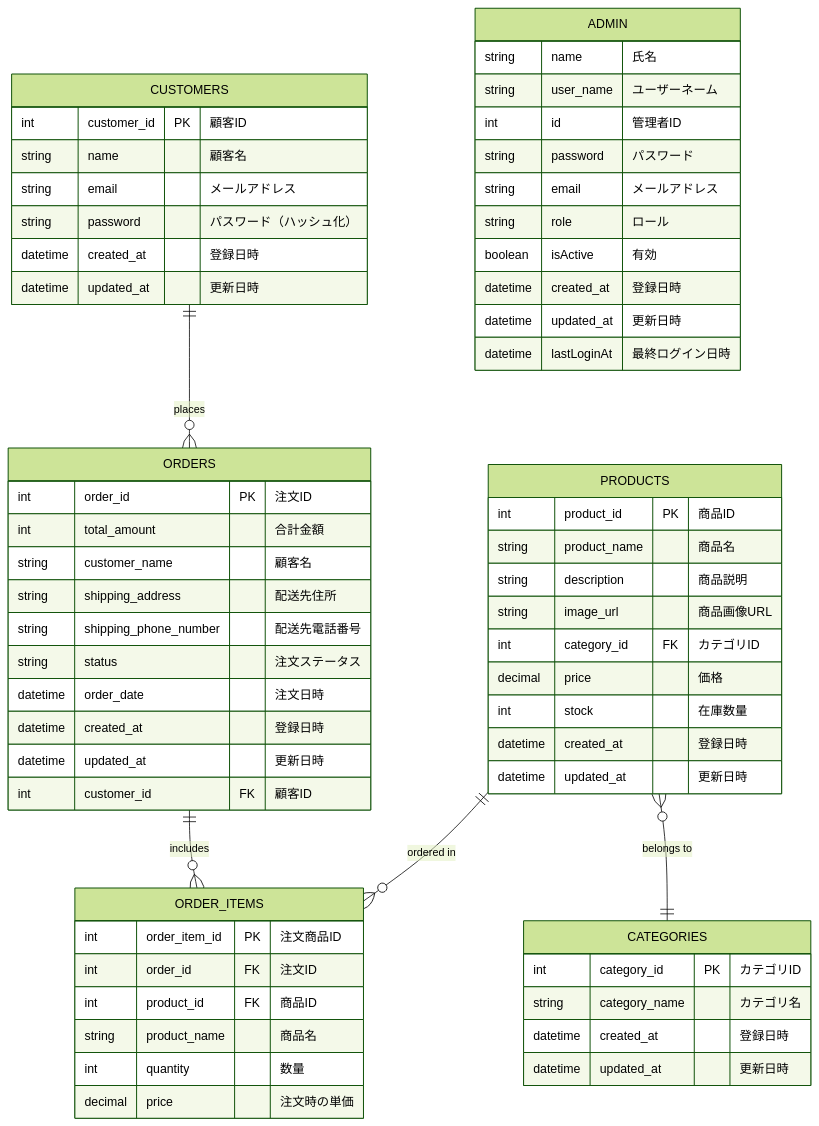
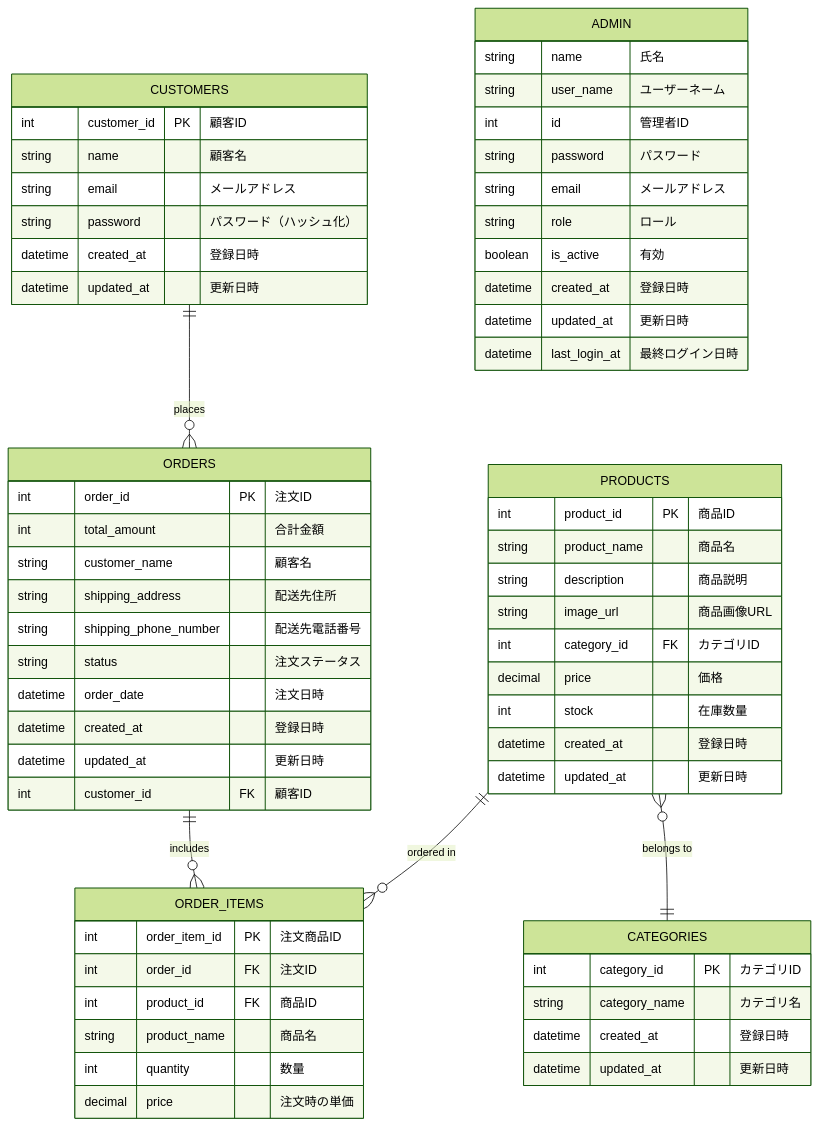
One commit to Rikumt12/Popcorn changed diagram 12 of 13 in 詳細設計書/詳細設計書.md. Above: the diagram before and after it, drawn with Mermaid (forest theme). The commit also changed other lines of this file, not shown here.

````diff
--- a/詳細設計書/詳細設計書.md
+++ b/詳細設計書/詳細設計書.md
@@ -1096,67 +1096,67 @@
 ```mermaid
 
 erDiagram
     CUSTOMERS ||--o{ ORDERS : "places"
     PRODUCTS }o--|| CATEGORIES : "belongs to"
     ORDERS ||--o{ ORDER_ITEMS : "includes"
     PRODUCTS ||--o{ ORDER_ITEMS : "ordered in"
 
     CUSTOMERS {
         int customer_id PK "顧客ID"
         string name "顧客名"
         string email "メールアドレス"
         string password "パスワード（ハッシュ化）"
         datetime created_at "登録日時"
         datetime updated_at "更新日時"
     }
     PRODUCTS {
         int product_id PK "商品ID"
         string product_name "商品名"
         string description "商品説明"
         string image_url "商品画像URL"
         int category_id FK "カテゴリID"
         decimal price "価格"
         int stock "在庫数量"
         datetime created_at "登録日時"
         datetime updated_at "更新日時"
     }
     CATEGORIES {
         int category_id PK "カテゴリID"
         string category_name "カテゴリ名"
         datetime created_at "登録日時"
         datetime updated_at "更新日時"
     }
     ORDERS {
         int order_id PK "注文ID"
         int total_amount "合計金額"
         string customer_name "顧客名"
         string shipping_address "配送先住所"
         string shipping_phone_number "配送先電話番号"
         string status "注文ステータス"
         datetime order_date "注文日時"
         datetime created_at "登録日時"
         datetime updated_at "更新日時"
         int customer_id FK "顧客ID"
     }
     ORDER_ITEMS {
         int order_item_id PK "注文商品ID"
         int order_id FK "注文ID"
         int product_id FK "商品ID"
         string product_name "商品名"
         int quantity "数量"
         decimal price "注文時の単価"
 
     }
     ADMIN {
         string name "氏名"
         string user_name "ユーザーネーム"
         int id "管理者ID"
         string password "パスワード"
         string email "メールアドレス"
         string role "ロール"
-        boolean isActive "有効"
+        boolean is_active "有効"
         datetime created_at "登録日時"
         datetime updated_at "更新日時"
-        datetime lastLoginAt "最終ログイン日時"
+        datetime last_login_at "最終ログイン日時"
     }
 ```
````
